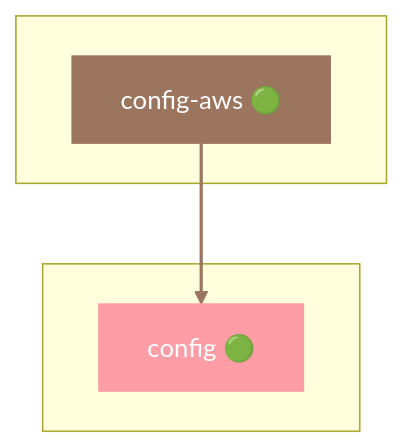
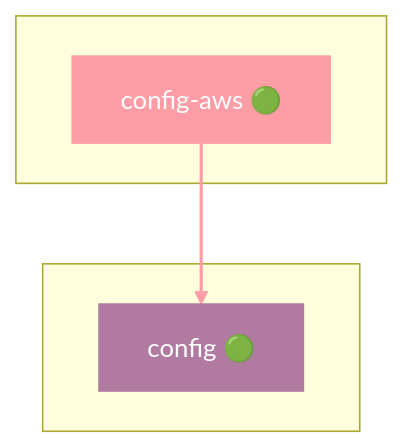
Before and after one commit to grest-ts/grest-ts: the ninth of 50 diagrams in docs/DEPENDENCIES.md, drawn with Mermaid. The commit also changed other lines of this file and 57 other files, not shown here.

````diff
--- a/docs/DEPENDENCIES.md
+++ b/docs/DEPENDENCIES.md
@@ -801,13 +771,13 @@
 ```mermaid
 flowchart TB
     subgraph Package[" "]
         config-aws["config-aws 🟢"]
     end
     subgraph Dependencies[" "]
         config["config 🟢"]
     end
     config-aws --> config
-    style config-aws fill:#9C755F,stroke:#9C755F,color:#fff
-    style config fill:#FF9DA7,stroke:#FF9DA7,color:#fff
-    linkStyle 0 stroke:#9C755F,stroke-width:2px
+    style config-aws fill:#FF9DA7,stroke:#FF9DA7,color:#fff
+    style config fill:#B07AA1,stroke:#B07AA1,color:#fff
+    linkStyle 0 stroke:#FF9DA7,stroke-width:2px
 ```
````
